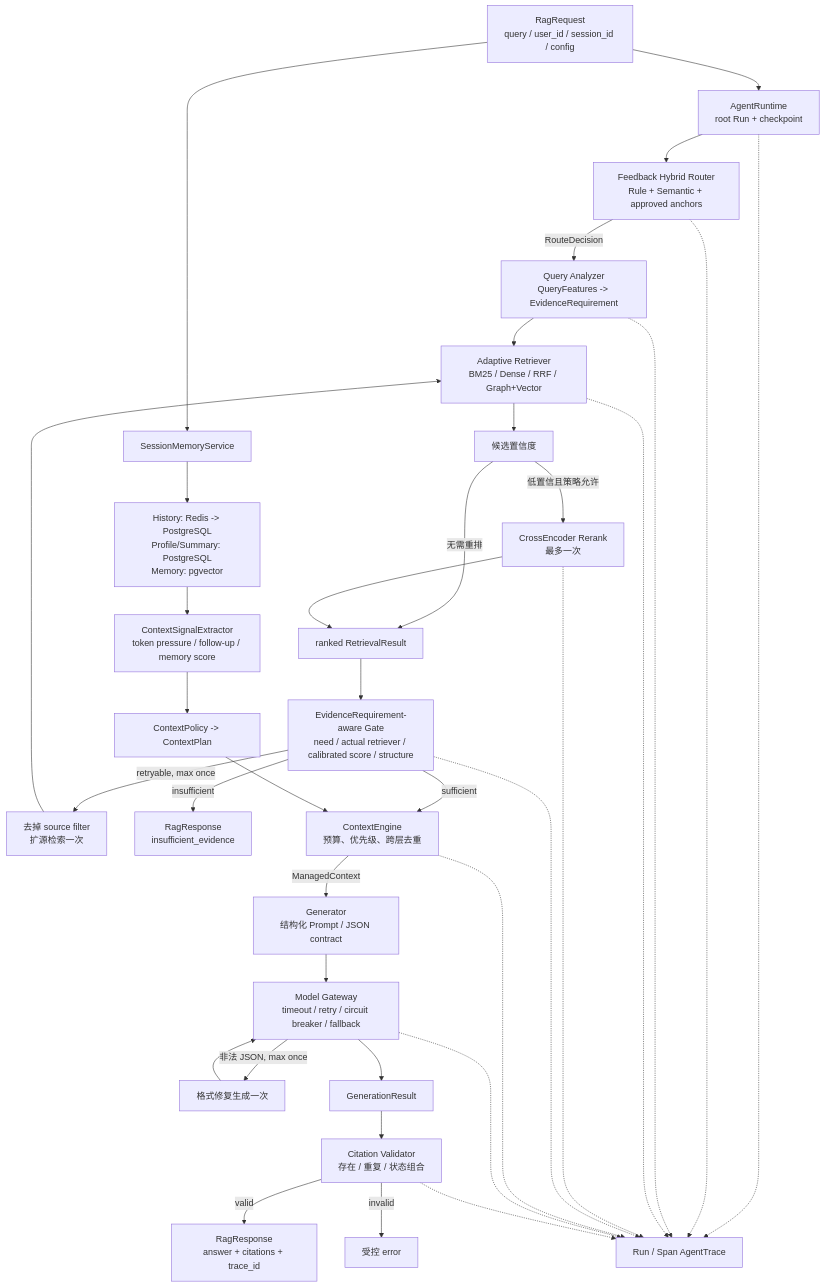
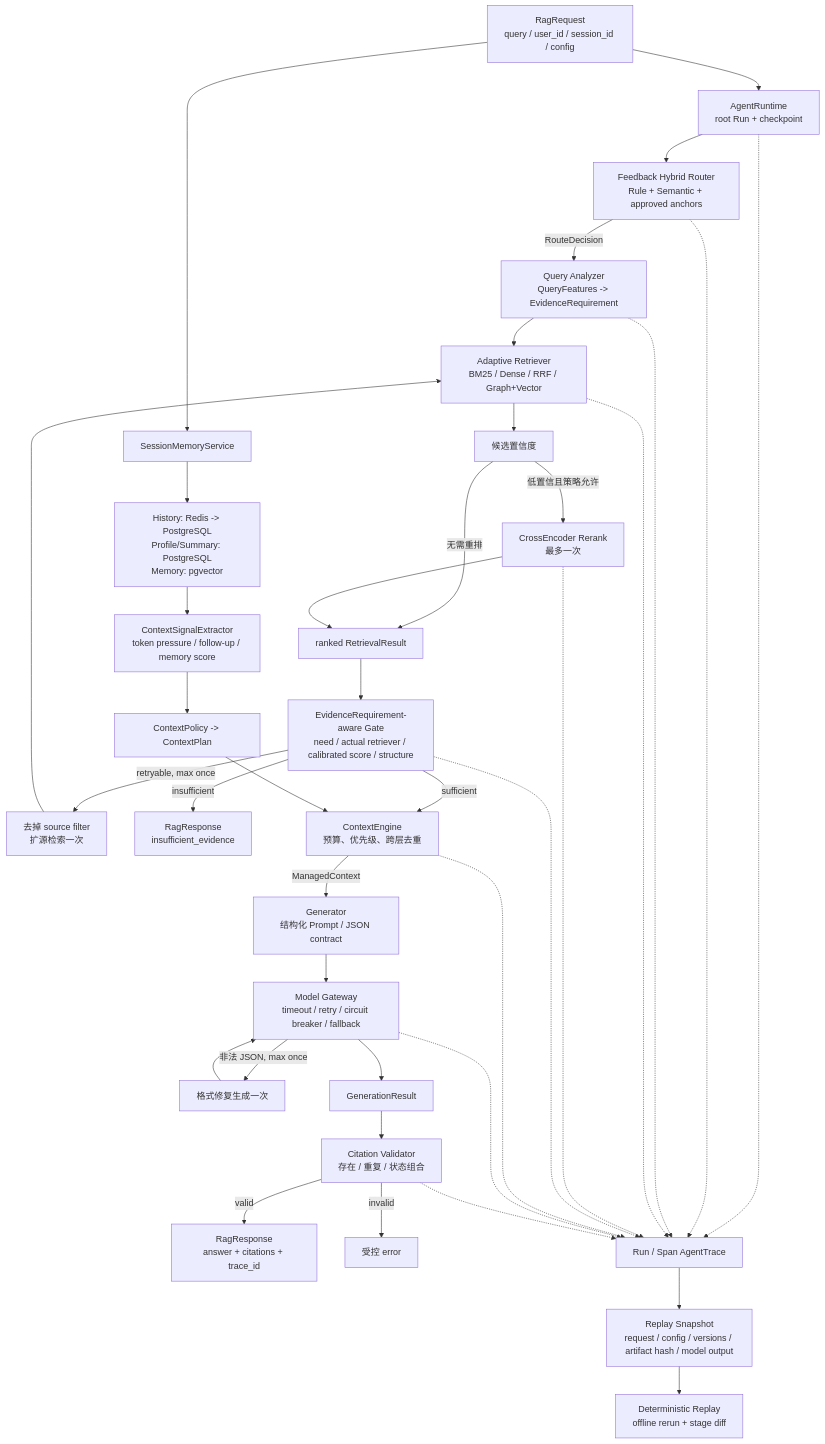
One commit to 1hao1hao/Agent_for_Job_Application changed the second of 4 diagrams in docs/overview/architecture_diagram.md. Above: the diagram before and after it, drawn with Mermaid. The commit also changed 17 other files, not shown here.

Commit message:
feat: add deterministic trace replay

````diff
--- a/docs/overview/architecture_diagram.md
+++ b/docs/overview/architecture_diagram.md
@@ -30,40 +30,42 @@
 ```mermaid
 flowchart TD
     REQ["RagRequest<br/>query / user_id / session_id / config"] --> RUNTIME["AgentRuntime<br/>root Run + checkpoint"]
     RUNTIME --> ROUTER["Feedback Hybrid Router<br/>Rule + Semantic + approved anchors"]
     ROUTER -->|RouteDecision| ANALYZER["Query Analyzer<br/>QueryFeatures -> EvidenceRequirement"]
     ANALYZER --> SELECT["Adaptive Retriever<br/>BM25 / Dense / RRF / Graph+Vector"]
     SELECT --> CONF["候选置信度"]
     CONF -->|低置信且策略允许| RERANK["CrossEncoder Rerank<br/>最多一次"]
     CONF -->|无需重排| RESULTS["ranked RetrievalResult"]
     RERANK --> RESULTS
     RESULTS --> GATE["EvidenceRequirement-aware Gate<br/>need / actual retriever / calibrated score / structure"]
     GATE -->|retryable, max once| BROADEN["去掉 source filter<br/>扩源检索一次"]
     BROADEN --> SELECT
     GATE -->|insufficient| ABSTAIN["RagResponse<br/>insufficient_evidence"]
 
     REQ --> MEMORY["SessionMemoryService"]
     MEMORY --> STORE["History: Redis -> PostgreSQL<br/>Profile/Summary: PostgreSQL<br/>Memory: pgvector"]
     STORE --> SIGNAL["ContextSignalExtractor<br/>token pressure / follow-up / memory score"]
     SIGNAL --> POLICY["ContextPolicy -> ContextPlan"]
     GATE -->|sufficient| ENGINE["ContextEngine<br/>预算、优先级、跨层去重"]
     POLICY --> ENGINE
     ENGINE -->|ManagedContext| GEN["Generator<br/>结构化 Prompt / JSON contract"]
     GEN --> GATEWAY["Model Gateway<br/>timeout / retry / circuit breaker / fallback"]
     GATEWAY -->|非法 JSON, max once| REPAIR["格式修复生成一次"]
     REPAIR --> GATEWAY
     GATEWAY --> PARSED["GenerationResult"]
     PARSED --> VALID["Citation Validator<br/>存在 / 重复 / 状态组合"]
     VALID -->|valid| RESP["RagResponse<br/>answer + citations + trace_id"]
     VALID -->|invalid| ERROR["受控 error"]
 
     RUNTIME -.-> TRACE["Run / Span AgentTrace"]
     ROUTER -.-> TRACE
     ANALYZER -.-> TRACE
     SELECT -.-> TRACE
     RERANK -.-> TRACE
     GATE -.-> TRACE
     ENGINE -.-> TRACE
     GATEWAY -.-> TRACE
     VALID -.-> TRACE
+    TRACE --> SNAPSHOT["Replay Snapshot<br/>request / config / versions / artifact hash / model output"]
+    SNAPSHOT --> REPLAY["Deterministic Replay<br/>offline rerun + stage diff"]
 ```
````
